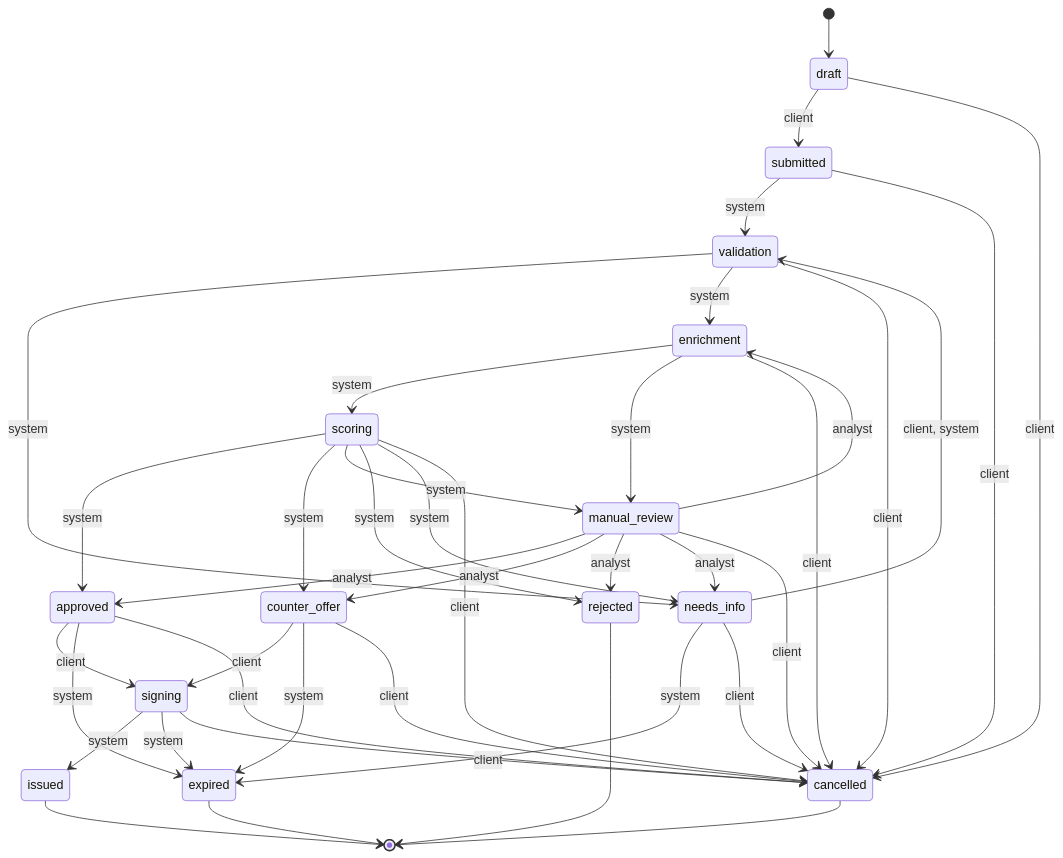
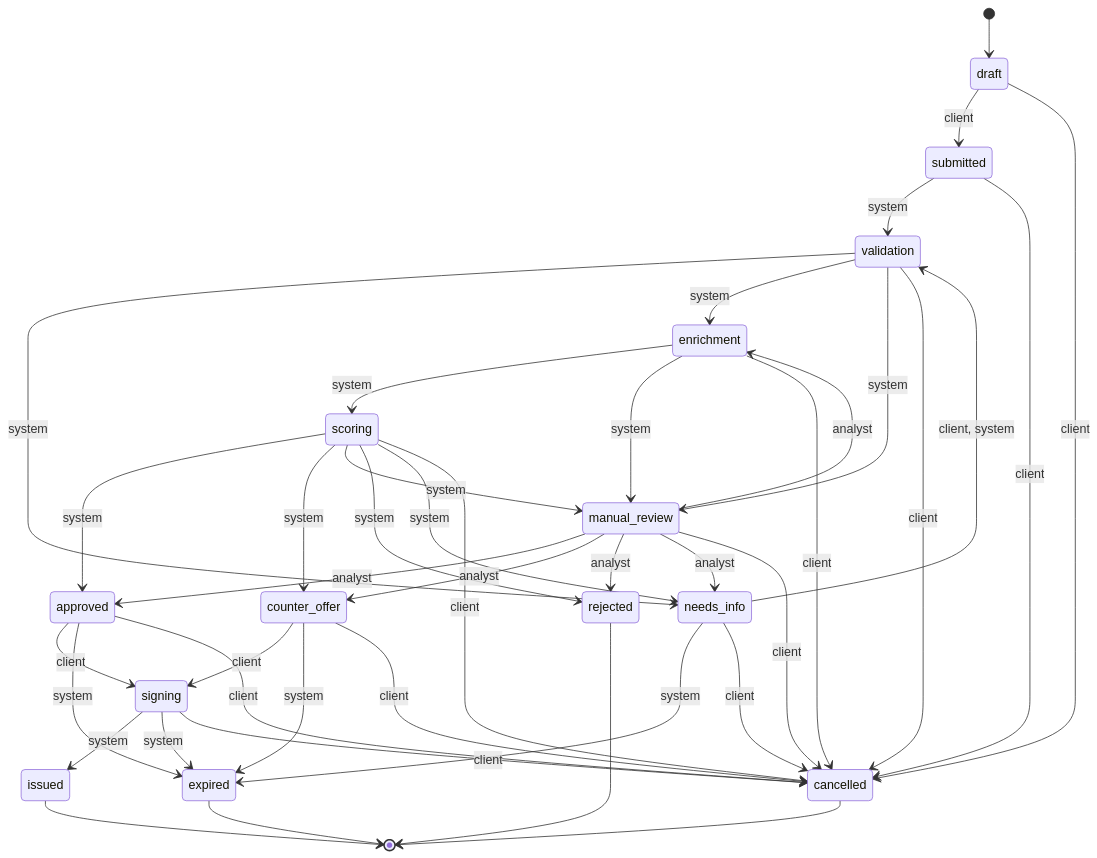
Before and after one commit to MrFerrumL/alpha-smart-credit-cabinet: the diagram in docs/state-machine.md, drawn with Mermaid. The commit also changed other lines of this file and 14 other files, not shown here.

````diff
--- a/docs/state-machine.md
+++ b/docs/state-machine.md
@@ -7,42 +7,43 @@
 ```mermaid
 stateDiagram-v2
     [*] --> draft
     draft --> submitted: client
     submitted --> validation: system
     validation --> needs_info: system
     validation --> enrichment: system
     needs_info --> validation: client, system
     needs_info --> expired: system
     enrichment --> scoring: system
     enrichment --> manual_review: system
+    validation --> manual_review: system
     scoring --> approved: system
     scoring --> counter_offer: system
     scoring --> manual_review: system
     scoring --> rejected: system
     scoring --> needs_info: system
     manual_review --> approved: analyst
     manual_review --> counter_offer: analyst
     manual_review --> rejected: analyst
     manual_review --> needs_info: analyst
     manual_review --> enrichment: analyst
     approved --> signing: client
     approved --> expired: system
     counter_offer --> signing: client
     counter_offer --> expired: system
     signing --> issued: system
     signing --> expired: system
     draft --> cancelled: client
     submitted --> cancelled: client
     validation --> cancelled: client
     needs_info --> cancelled: client
     enrichment --> cancelled: client
     scoring --> cancelled: client
     manual_review --> cancelled: client
     approved --> cancelled: client
     counter_offer --> cancelled: client
     signing --> cancelled: client
     rejected --> [*]
     issued --> [*]
     cancelled --> [*]
     expired --> [*]
 ```
````
